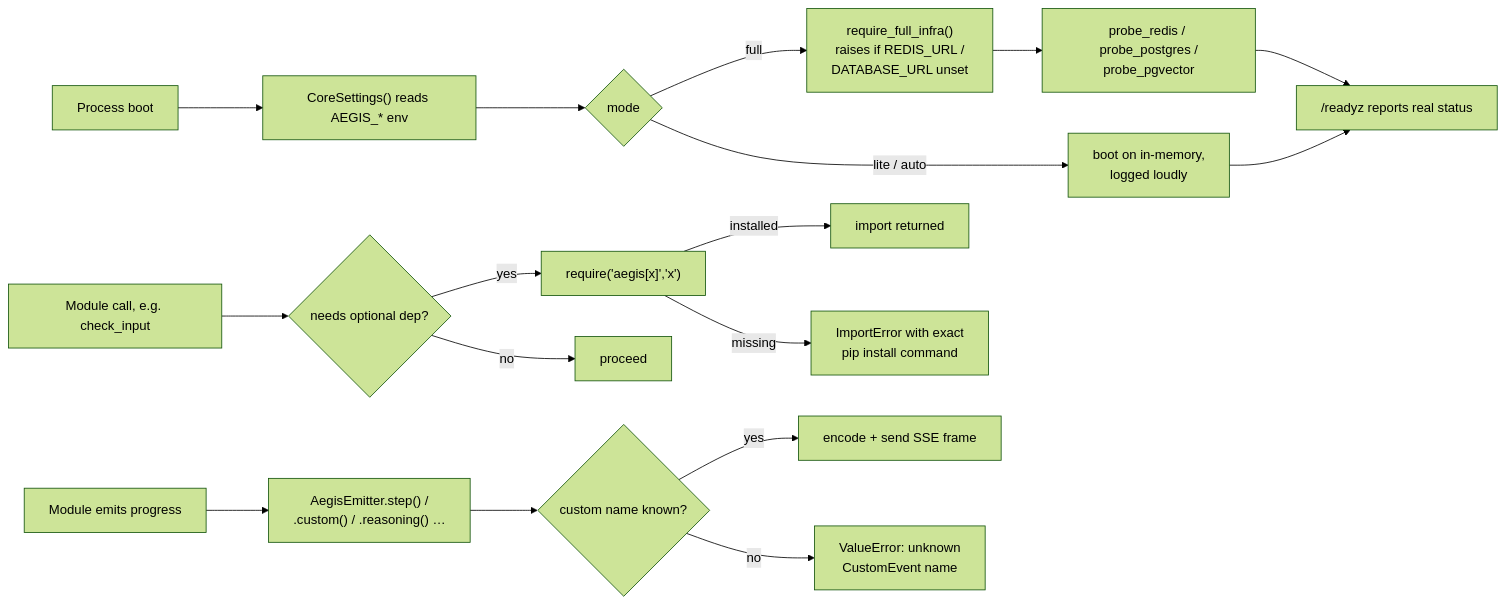
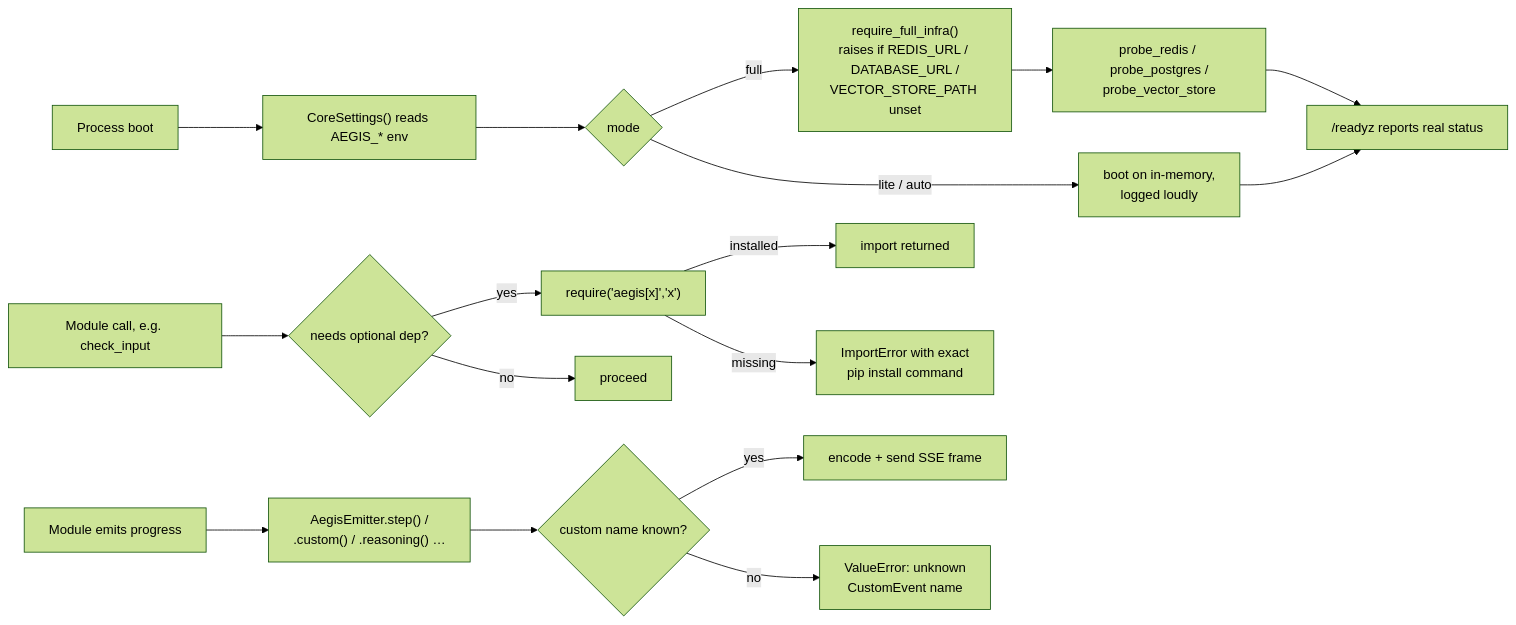
One commit to yrevash/aegis changed the second of 2 diagrams in docs/module/aegis-core.md. Above: the diagram before and after it, drawn with Mermaid (forest theme). The commit also changed other lines of this file and 79 other files, not shown here.

````diff
--- a/docs/module/aegis-core.md
+++ b/docs/module/aegis-core.md
@@ -65,21 +65,21 @@
 ```mermaid
 flowchart LR
     A[Process boot] --> B["CoreSettings() reads AEGIS_* env"]
     B --> C{mode}
-    C -->|full| D["require_full_infra()<br/>raises if REDIS_URL /<br/>DATABASE_URL unset"]
+    C -->|full| D["require_full_infra()<br/>raises if REDIS_URL / DATABASE_URL /<br/>VECTOR_STORE_PATH unset"]
     C -->|lite / auto| E["boot on in-memory,<br/>logged loudly"]
-    D --> F["probe_redis / probe_postgres /<br/>probe_pgvector"]
+    D --> F["probe_redis / probe_postgres /<br/>probe_vector_store"]
     F --> G["/readyz reports real status"]
     E --> G
 
     H[Module call, e.g. check_input] --> I{needs optional dep?}
     I -->|yes| J["require('aegis[x]','x')"]
     J -->|installed| K[import returned]
     J -->|missing| L["ImportError with exact<br/>pip install command"]
     I -->|no| M[proceed]
 
     N[Module emits progress] --> O["AegisEmitter.step() /<br/>.custom() / .reasoning() …"]
     O --> P{custom name known?}
     P -->|yes| Q[encode + send SSE frame]
     P -->|no| R["ValueError: unknown<br/>CustomEvent name"]
 ```
````
